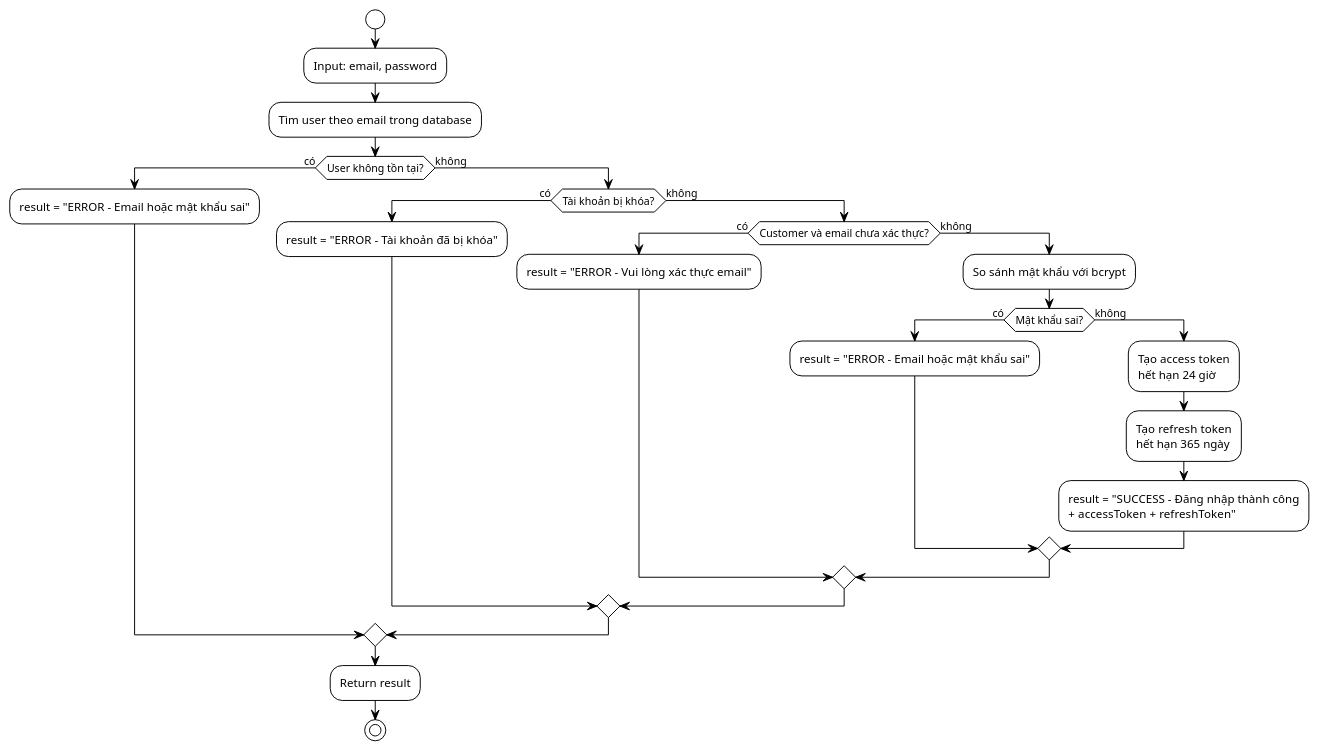
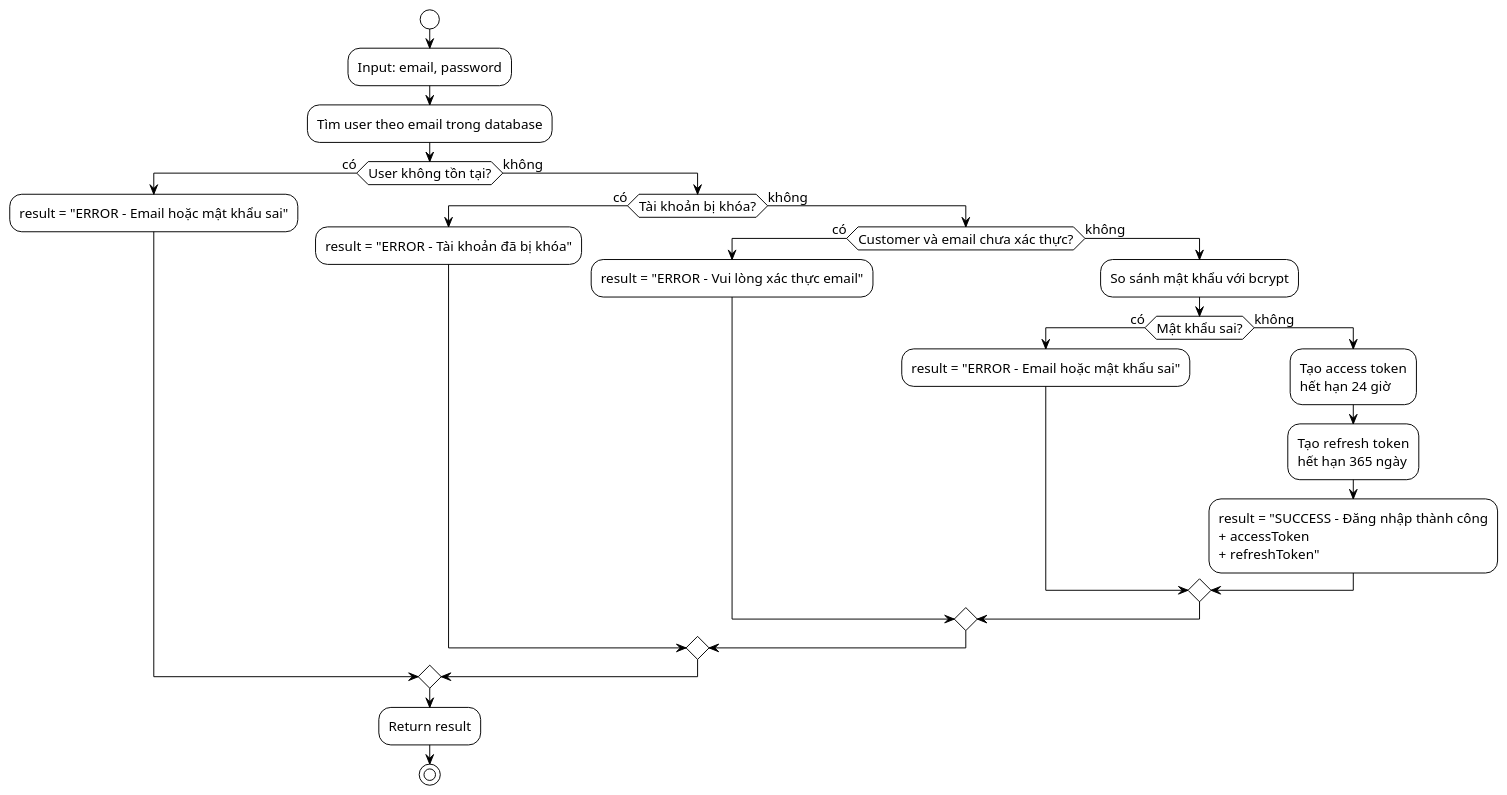
The diagram in Phân tích hệ thống/Sơ đồ thuật toán/ALGORITHM_DANG_NHAP.puml (AnthanBiPhap/Khachsan), drawn with PlantUML before and after one commit. The commit also changed 40 other files, not shown here.

```diff
--- a/Phân tích hệ thống/Sơ đồ thuật toán/ALGORITHM_DANG_NHAP.puml
+++ b/Phân tích hệ thống/Sơ đồ thuật toán/ALGORITHM_DANG_NHAP.puml
@@ -1,34 +1,39 @@
 @startuml Algorithm_Dang_Nhap
 !theme plain
+
+skinparam defaultFontSize 14
+skinparam activityFontSize 14
+skinparam noteFontSize 14
+skinparam arrowFontSize 14
 
 start
 :Input: email, password;
 
 :Tìm user theo email trong database;
 
 if (User không tồn tại?) then (có)
     :result = "ERROR - Email hoặc mật khẩu sai";
 else (không)
     if (Tài khoản bị khóa?) then (có)
         :result = "ERROR - Tài khoản đã bị khóa";
     else (không)
         if (Customer và email chưa xác thực?) then (có)
             :result = "ERROR - Vui lòng xác thực email";
         else (không)
             :So sánh mật khẩu với bcrypt;
             if (Mật khẩu sai?) then (có)
                 :result = "ERROR - Email hoặc mật khẩu sai";
             else (không)
                 :Tạo access token\nhết hạn 24 giờ;
                 :Tạo refresh token\nhết hạn 365 ngày;
-                :result = "SUCCESS - Đăng nhập thành công\n+ accessToken + refreshToken";
+                :result = "SUCCESS - Đăng nhập thành công\n+ accessToken\n+ refreshToken";
             endif
         endif
     endif
 endif
 
 :Return result;
 
 stop
 
 @enduml
```
